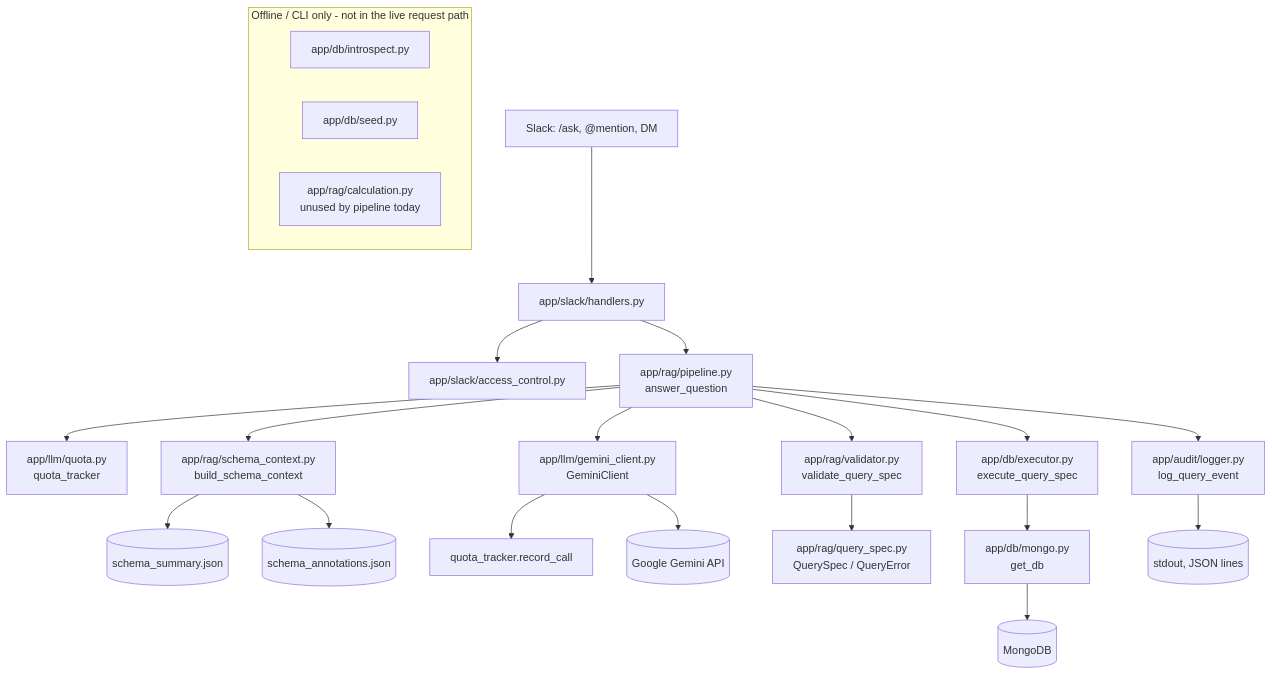
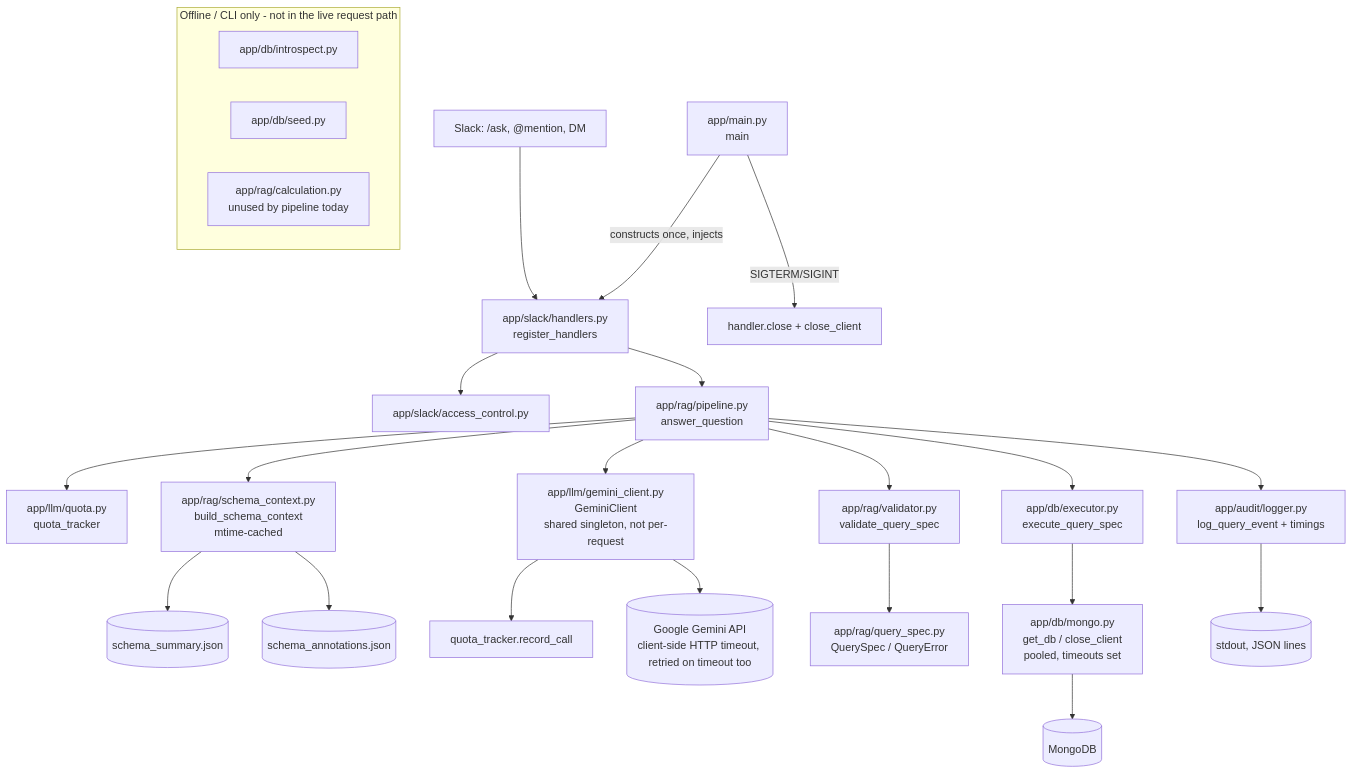
One commit to saadfareed/foodie-rag changed the first of 3 diagrams in docs/architecture.md. Above: the diagram before and after it, drawn with Mermaid. The commit also changed other lines of this file and 18 other files, not shown here.

````diff
--- a/docs/architecture.md
+++ b/docs/architecture.md
@@ -9,32 +9,35 @@
 ```mermaid
 graph TD
-    Slack[Slack: /ask, @mention, DM] --> Handlers[app/slack/handlers.py]
+    Main[app/main.py<br/>main] -->|constructs once, injects| Handlers[app/slack/handlers.py<br/>register_handlers]
+    Main -->|SIGTERM/SIGINT| Shutdown[handler.close + close_client]
+
+    Slack[Slack: /ask, @mention, DM] --> Handlers
     Handlers --> AccessControl[app/slack/access_control.py]
     Handlers --> Pipeline[app/rag/pipeline.py<br/>answer_question]
 
     Pipeline --> Quota[app/llm/quota.py<br/>quota_tracker]
-    Pipeline --> SchemaCtx[app/rag/schema_context.py<br/>build_schema_context]
-    Pipeline --> Gemini[app/llm/gemini_client.py<br/>GeminiClient]
+    Pipeline --> SchemaCtx[app/rag/schema_context.py<br/>build_schema_context<br/>mtime-cached]
+    Pipeline --> Gemini[app/llm/gemini_client.py<br/>GeminiClient<br/>shared singleton, not per-request]
     Pipeline --> Validator[app/rag/validator.py<br/>validate_query_spec]
     Pipeline --> Executor[app/db/executor.py<br/>execute_query_spec]
-    Pipeline --> Audit[app/audit/logger.py<br/>log_query_event]
+    Pipeline --> Audit[app/audit/logger.py<br/>log_query_event + timings]
 
     SchemaCtx --> SummaryFile[(schema_summary.json)]
     SchemaCtx --> AnnotationsFile[(schema_annotations.json)]
 
     Gemini --> QuotaRecord[quota_tracker.record_call]
-    Gemini --> GeminiAPI[(Google Gemini API)]
+    Gemini --> GeminiAPI[(Google Gemini API<br/>client-side HTTP timeout, retried on timeout too)]
 
     Validator --> QuerySpecModel[app/rag/query_spec.py<br/>QuerySpec / QueryError]
 
-    Executor --> Mongo[app/db/mongo.py<br/>get_db]
+    Executor --> Mongo[app/db/mongo.py<br/>get_db / close_client<br/>pooled, timeouts set]
     Mongo --> MongoDB[(MongoDB)]
 
     Audit --> Stdout[(stdout, JSON lines)]
 
     subgraph "Offline / CLI only - not in the live request path"
         Introspect[app/db/introspect.py]
         Seed[app/db/seed.py]
         Calc[app/rag/calculation.py<br/>unused by pipeline today]
     end
 ```
````
